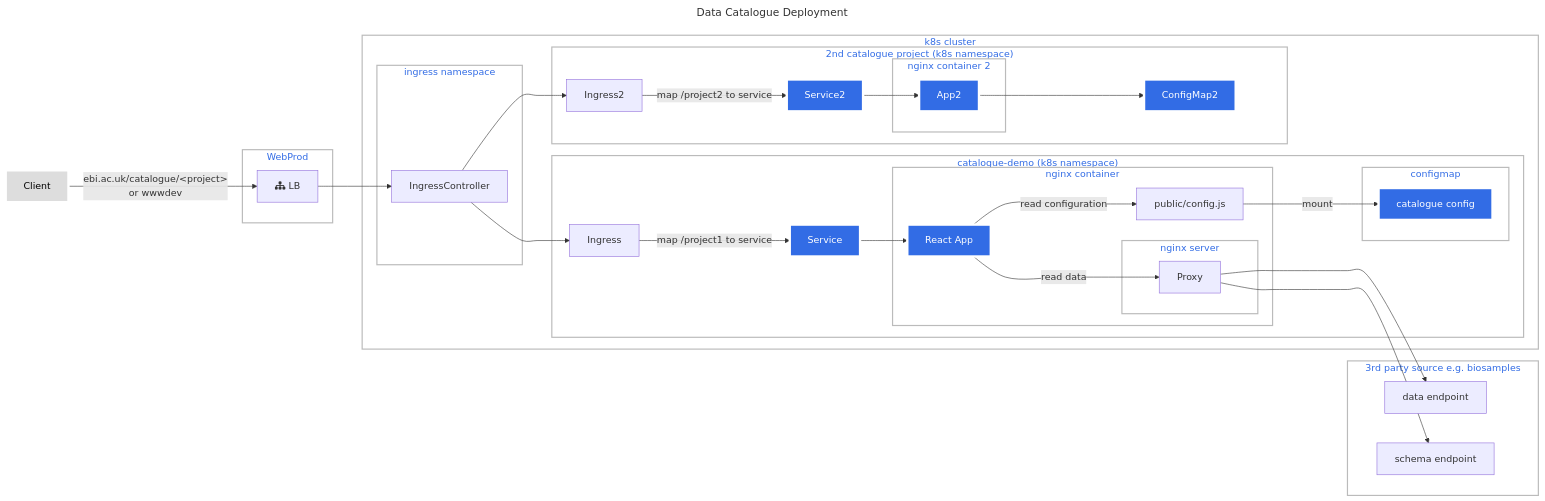
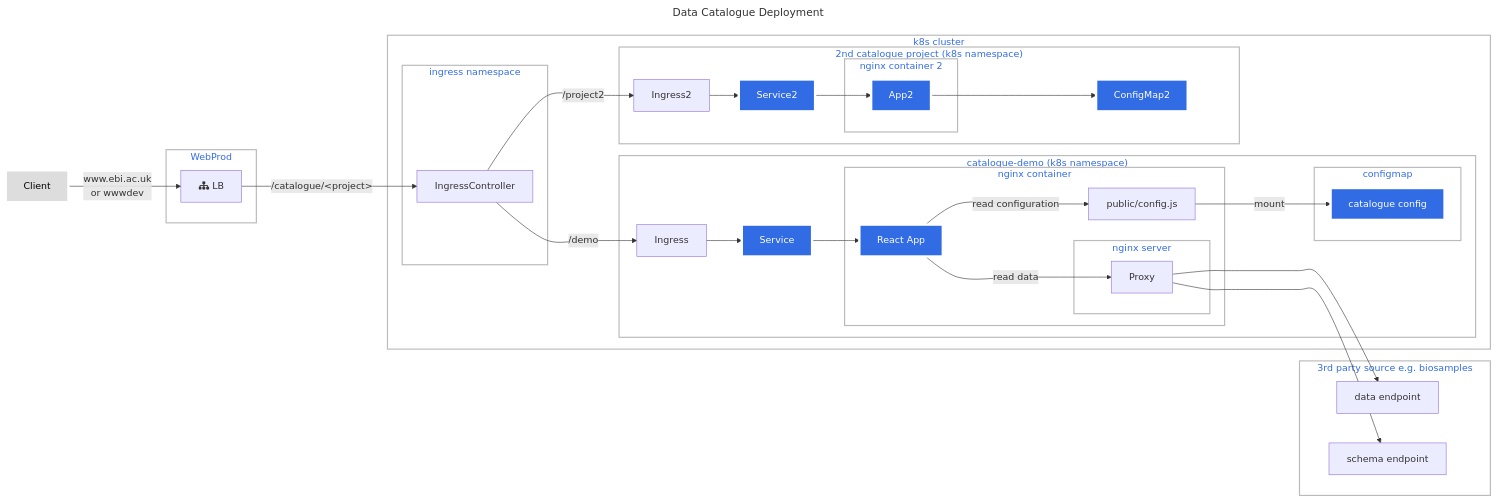
One commit to ebi-ait/data-catalogue-frontend changed the diagram in README.md. Above: the diagram before and after it, drawn with Mermaid. The commit also changed other lines of this file and 19 other files, not shown here.

````diff
--- a/README.md
+++ b/README.md
@@ -48,76 +48,78 @@
 ```mermaid
 ---
 title: Data Catalogue Deployment
 ---
 
 %%{ init: { 'flowchart': { 'curve': 'catmullRom' } } }%%
 
 graph LR
 
-    Client --> |"ebi.ac.uk/catalogue/&lt;project&gt;\nor wwwdev"|LB
-    LB[fa:fa-sitemap LB]  --> IngressController
+    Client --> |"www.ebi.ac.uk\nor wwwdev"|LB
+    LB[fa:fa-sitemap LB]  --/catalogue/&lt;project&gt;--> IngressController
     
     subgraph WebProd
         LB
     end
 
     subgraph k8s cluster
+        
         subgraph ingress namespace
             IngressController
         end
         subgraph "catalogue-demo (k8s namespace)"
+            
             Service --> App
-            IngressController-->Ingress
+            IngressController-- /demo -->Ingress
 
             subgraph nginx container
                 
                 ConfigFile[public/config.js]
                 App[React App] -->|read configuration|ConfigFile
                 subgraph nginx server
                     P[Proxy]
                 end
                 App --> |read data| P
             end
 
             subgraph configmap
                 ConfigFile --> | mount | ConfigMap[catalogue config]
             end
-            Ingress --> | map /project1 to service|Service
+            Ingress --> Service
             class App,Service,ConfigMap k8s;
         end
         subgraph "2nd catalogue project (k8s namespace)"
             
             ConfigMap2
             Service2
-            IngressController-->Ingress2
+            IngressController--/project2-->Ingress2
 
             Service2 --> App2
             App2 --> ConfigMap2
             subgraph nginx container 2
                 App2
             end
             
-            Ingress2 --> | map /project2 to service|Service2
+            Ingress2 --> Service2
 
             class App2,Service2,ConfigMap2 k8s;
         end
     end
 
     subgraph 3rd party source e.g. biosamples
         DJ[data endpoint]
         SJ[schema endpoint]
         P[Proxy] -->DJ
         P[Proxy] -->SJ
     end
     
     %% styling definitions
     classDef plain fill:#ddd,stroke:#fff,stroke-width:4px,color:#000;
     classDef k8s fill:#326ce5,stroke:#fff,stroke-width:4px,color:#fff;
     classDef cluster fill:#fff,stroke:#bbb,stroke-width:2px,color:#326ce5;
     
     %% Styling application   
     
     class Client plain;
     class k8s cluster;
 
 ```
````
